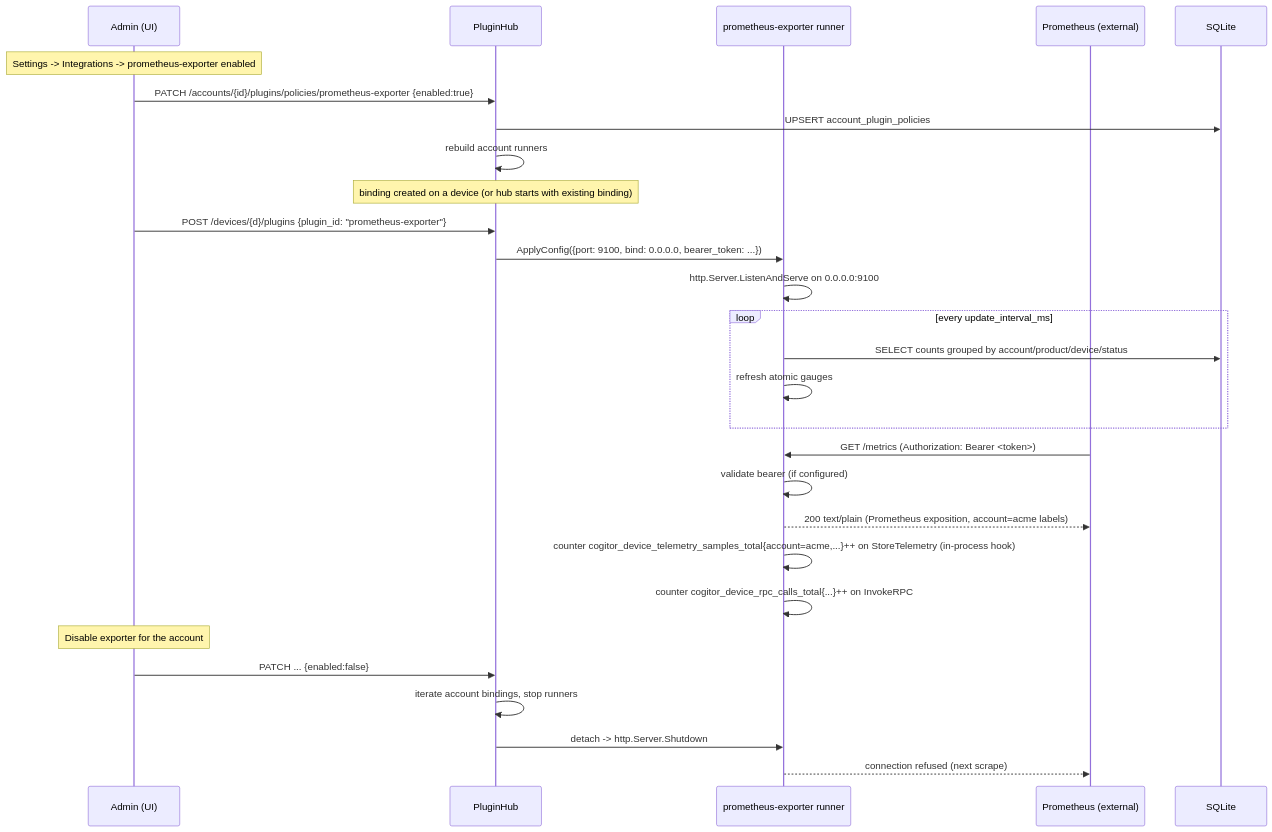
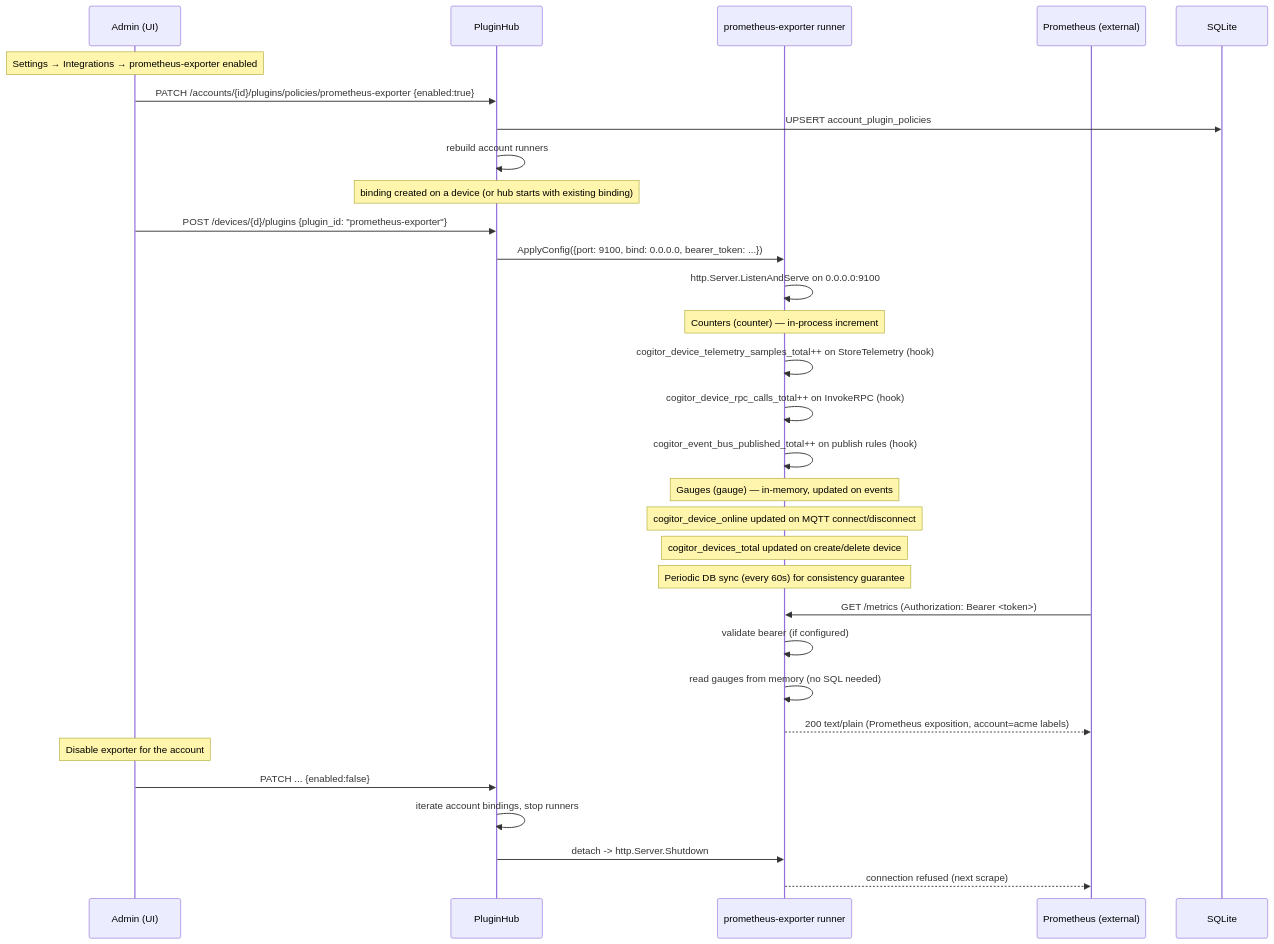
The fourth of 5 diagrams in docs/en/16-multi-account.md (darvik80/iot-platform-go), drawn with Mermaid before and after one commit. The commit also changed other lines of this file and 1 other file, not shown here.

````diff
--- a/docs/en/16-multi-account.md
+++ b/docs/en/16-multi-account.md
@@ -459,35 +390,39 @@
 ```mermaid
 sequenceDiagram
     participant Adm as Admin (UI)
     participant H as PluginHub
     participant EX as prometheus-exporter runner
     participant Pr as Prometheus (external)
     participant DB as SQLite
 
-    Note over Adm: Settings -> Integrations -> prometheus-exporter enabled
+    Note over Adm: Settings → Integrations → prometheus-exporter enabled
     Adm->>H: PATCH /accounts/{id}/plugins/policies/prometheus-exporter {enabled:true}
     H->>DB: UPSERT account_plugin_policies
     H->>H: rebuild account runners
 
     Note over H: binding created on a device (or hub starts with existing binding)
     Adm->>H: POST /devices/{d}/plugins {plugin_id: "prometheus-exporter"}
     H->>EX: ApplyConfig({port: 9100, bind: 0.0.0.0, bearer_token: ...})
     EX->>EX: http.Server.ListenAndServe on 0.0.0.0:9100
 
-    loop every update_interval_ms
-        EX->>DB: SELECT counts grouped by account/product/device/status
-        EX->>EX: refresh atomic gauges
-    end
+    Note over EX: Counters (counter) — in-process increment
+    EX->>EX: cogitor_device_telemetry_samples_total++ on StoreTelemetry (hook)
+    EX->>EX: cogitor_device_rpc_calls_total++ on InvokeRPC (hook)
+    EX->>EX: cogitor_event_bus_published_total++ on publish rules (hook)
 
+    Note over EX: Gauges (gauge) — in-memory, updated on events
+    Note over EX: cogitor_device_online updated on MQTT connect/disconnect
+    Note over EX: cogitor_devices_total updated on create/delete device
+    Note over EX: Periodic DB sync (every 60s) for consistency guarantee
+    
     Pr->>EX: GET /metrics (Authorization: Bearer <token>)
     EX->>EX: validate bearer (if configured)
+    EX->>EX: read gauges from memory (no SQL needed)
     EX-->>Pr: 200 text/plain (Prometheus exposition, account=acme labels)
-    EX->>EX: counter cogitor_device_telemetry_samples_total{account=acme,...}++ on StoreTelemetry (in-process hook)
-    EX->>EX: counter cogitor_device_rpc_calls_total{...}++ on InvokeRPC
 
     Note over Adm: Disable exporter for the account
     Adm->>H: PATCH ... {enabled:false}
     H->>H: iterate account bindings, stop runners
     H->>EX: detach -> http.Server.Shutdown
     EX-->>Pr: connection refused (next scrape)
 ```
````
